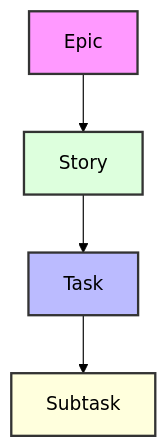
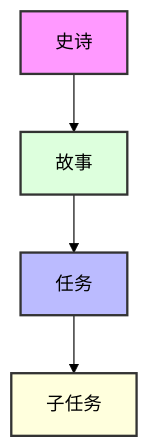
One commit to kazura233/cursor-custom-agents-rules-generator changed the first of 2 diagrams in docs/agile-readme.md. Above: the diagram before and after it, drawn with Mermaid (forest theme). The commit also changed other lines of this file and 1 other file, not shown here.

````diff
--- a/docs/agile-readme.md
+++ b/docs/agile-readme.md
@@ -17,11 +17,11 @@
 ```mermaid
 graph TD
-    E[Epic] --> S[Story]
-    S --> T[Task]
-    T --> ST[Subtask]
+    E[史诗] --> S[故事]
+    S --> T[任务]
+    T --> ST[子任务]
 
     style E fill:#f9f,stroke:#333,stroke-width:2px
     style S fill:#dfd,stroke:#333,stroke-width:2px
     style T fill:#bbf,stroke:#333,stroke-width:2px
     style ST fill:#ffd,stroke:#333,stroke-width:2px
 ```
````
